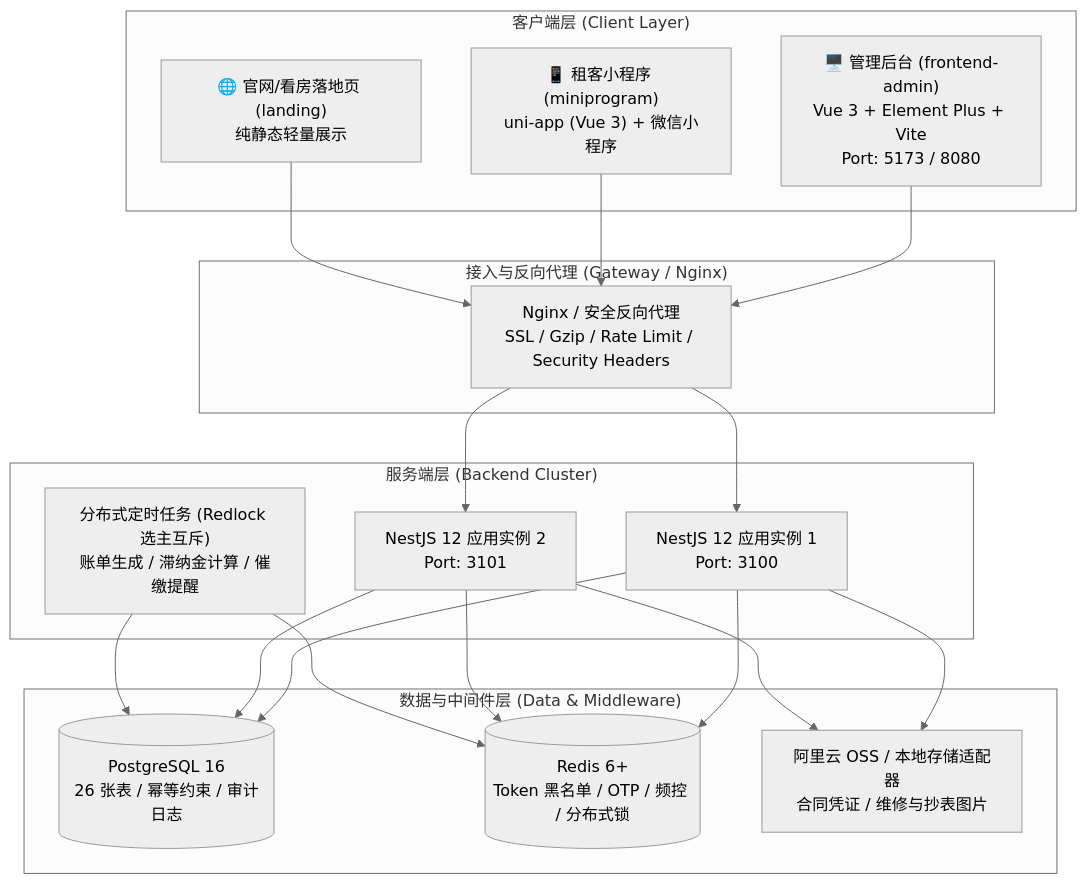
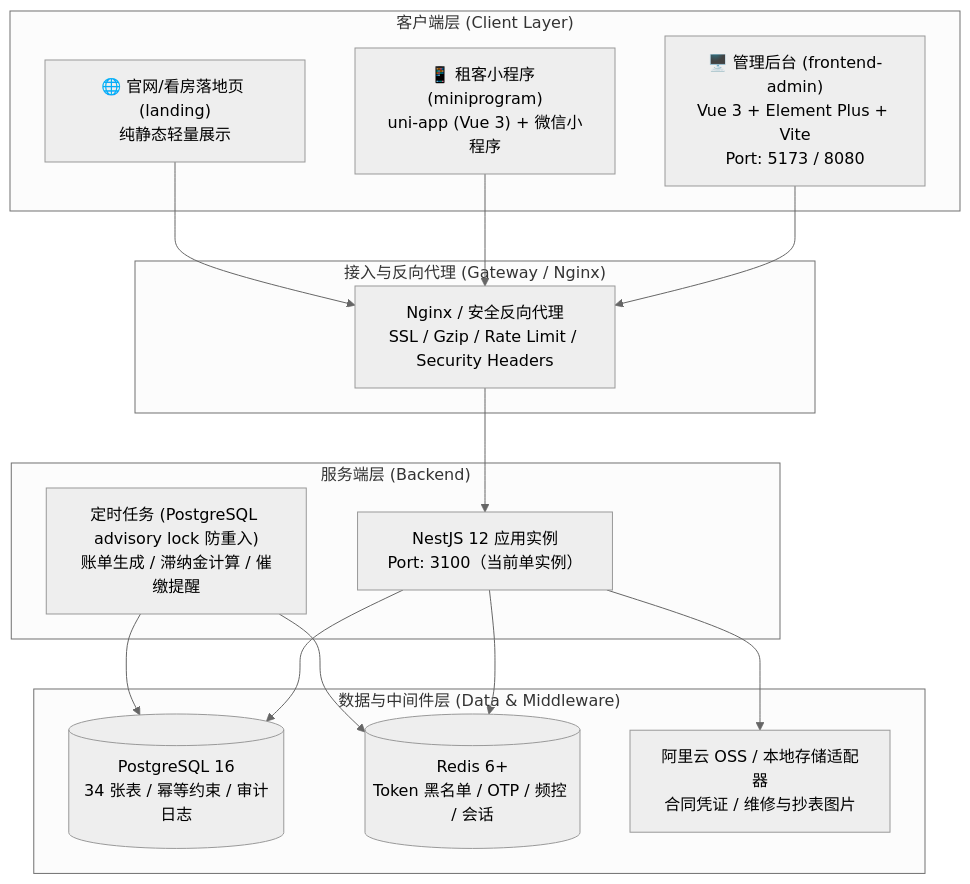
Before and after one commit to tyyt53909-create/tenant-management-system: the diagram in README.md, drawn with Mermaid (neutral theme). The commit also changed other lines of this file and 21 other files, not shown here.

````diff
--- a/README.md
+++ b/README.md
@@ -11,38 +11,33 @@
 ```mermaid
 flowchart TD
     subgraph Client["客户端层 (Client Layer)"]
         A["🖥️ 管理后台 (frontend-admin)<br/>Vue 3 + Element Plus + Vite<br/>Port: 5173 / 8080"]
         B["📱 租客小程序 (miniprogram)<br/>uni-app (Vue 3) + 微信小程序"]
         C["🌐 官网/看房落地页 (landing)<br/>纯静态轻量展示"]
     end
 
     subgraph Gateway["接入与反向代理 (Gateway / Nginx)"]
         G["Nginx / 安全反向代理<br/>SSL / Gzip / Rate Limit / Security Headers"]
     end
 
-    subgraph Backend["服务端层 (Backend Cluster)"]
-        S1["NestJS 12 应用实例 1<br/>Port: 3100"]
-        S2["NestJS 12 应用实例 2<br/>Port: 3101"]
-        SCHED["分布式定时任务 (Redlock 选主互斥)<br/>账单生成 / 滞纳金计算 / 催缴提醒"]
+    subgraph Backend["服务端层 (Backend)"]
+        S1["NestJS 12 应用实例<br/>Port: 3100（当前单实例）"]
+        SCHED["定时任务 (PostgreSQL advisory lock 防重入)<br/>账单生成 / 滞纳金计算 / 催缴提醒"]
     end
 
     subgraph Storage["数据与中间件层 (Data & Middleware)"]
-        DB[("PostgreSQL 16<br/>26 张表 / 幂等约束 / 审计日志")]
-        RDS[("Redis 6+<br/>Token 黑名单 / OTP / 频控 / 分布式锁")]
+        DB[("PostgreSQL 16<br/>34 张表 / 幂等约束 / 审计日志")]
+        RDS[("Redis 6+<br/>Token 黑名单 / OTP / 频控 / 会话")]
         OSS["阿里云 OSS / 本地存储适配器<br/>合同凭证 / 维修与抄表图片"]
     end
 
     A --> G
     B --> G
     C --> G
     G --> S1
-    G --> S2
     S1 --> DB
     S1 --> RDS
     S1 --> OSS
-    S2 --> DB
-    S2 --> RDS
-    S2 --> OSS
     SCHED --> DB
     SCHED --> RDS
 ```
````
